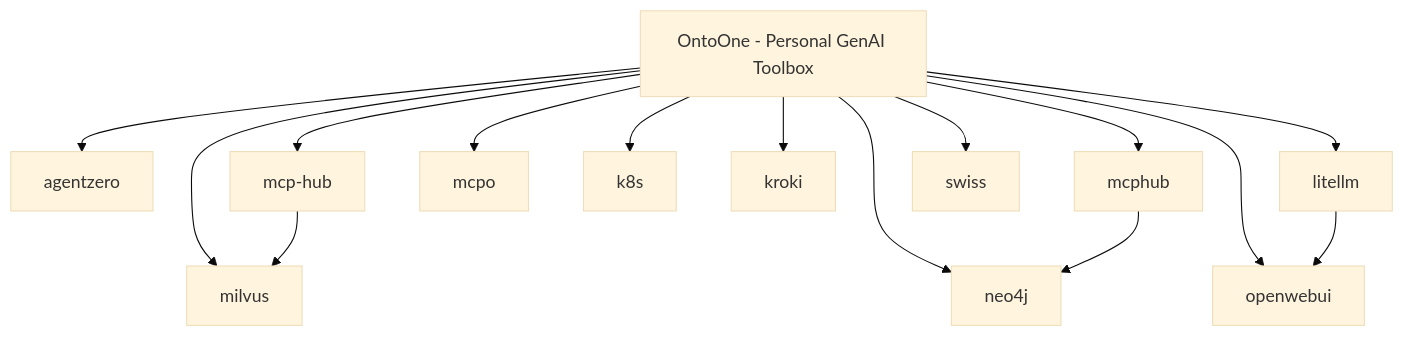
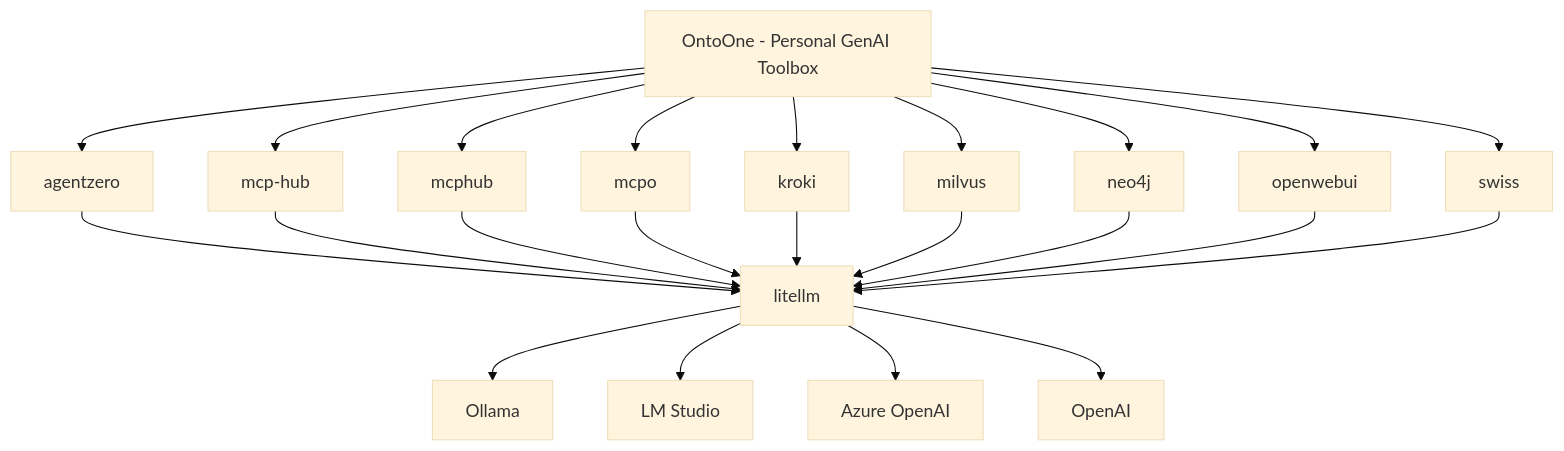
The diagram in README.md (styk-tv/ontoone), drawn with Mermaid (base theme) before and after one commit. The commit also changed other lines of this file, not shown here.

Commit message:
readme update

````diff
--- a/README.md
+++ b/README.md
@@ -76,30 +72,41 @@
 ```mermaid
 graph TD
     Main[OntoOne - Personal GenAI Toolbox]
     Agentzero[agentzero]
     MCPHub[mcp-hub]
     MCPHub2[mcphub]
     MCPO[mcpo]
-    K8s[k8s]
     Kroki[kroki]
-    Litellm[litellm]
     Milvus[milvus]
     Neo4j[neo4j]
     Openwebui[openwebui]
     Swiss[swiss]
+    Litellm[litellm]
+    Ollama[Ollama]
+    LMStudio[LM Studio]
+    Azure[Azure OpenAI]
+    OpenAI[OpenAI]
 
     Main-->Agentzero
     Main-->MCPHub
     Main-->MCPHub2
     Main-->MCPO
-    Main-->K8s
     Main-->Kroki
-    Main-->Litellm
     Main-->Milvus
     Main-->Neo4j
     Main-->Openwebui
     Main-->Swiss
-    MCPHub2-->Neo4j
-    MCPHub-->Milvus
-    Litellm-->Openwebui
+    Agentzero-->Litellm
+    MCPHub-->Litellm
+    MCPHub2-->Litellm
+    MCPO-->Litellm
+    Kroki-->Litellm
+    Milvus-->Litellm
+    Neo4j-->Litellm
+    Openwebui-->Litellm
+    Swiss-->Litellm
+    Litellm-->Ollama
+    Litellm-->LMStudio
+    Litellm-->Azure
+    Litellm-->OpenAI
 ```
````
